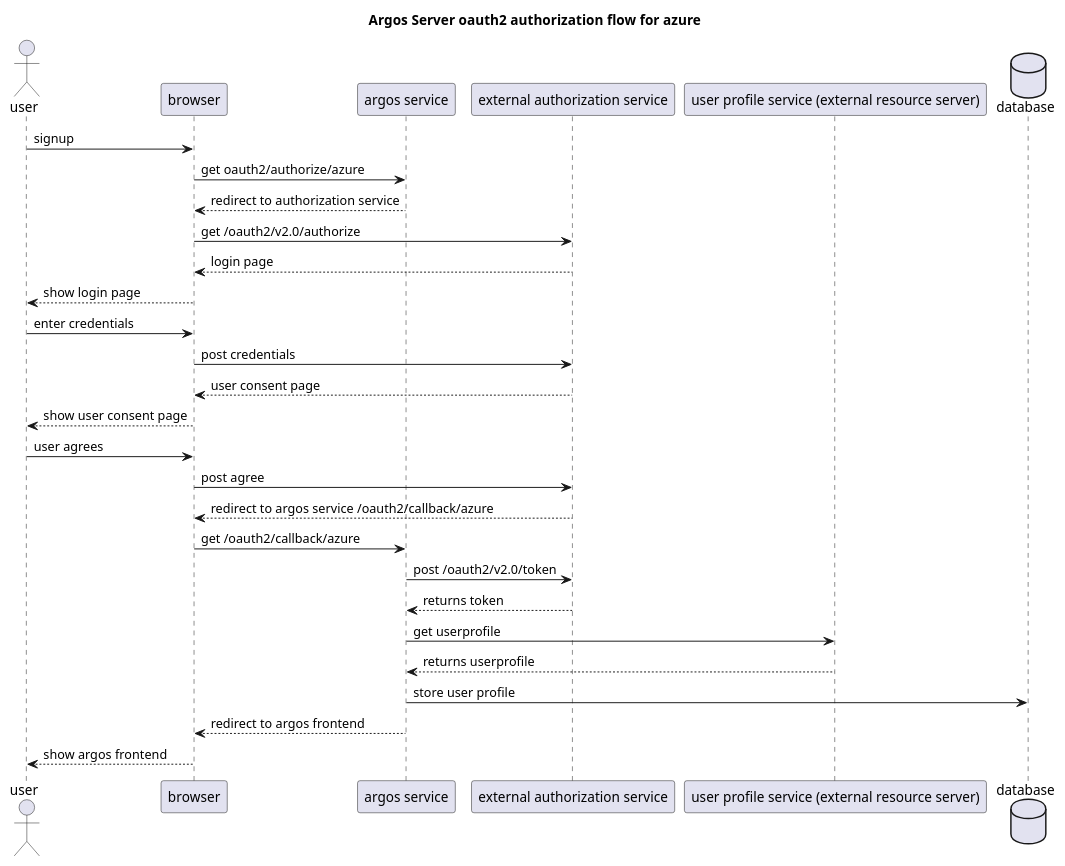
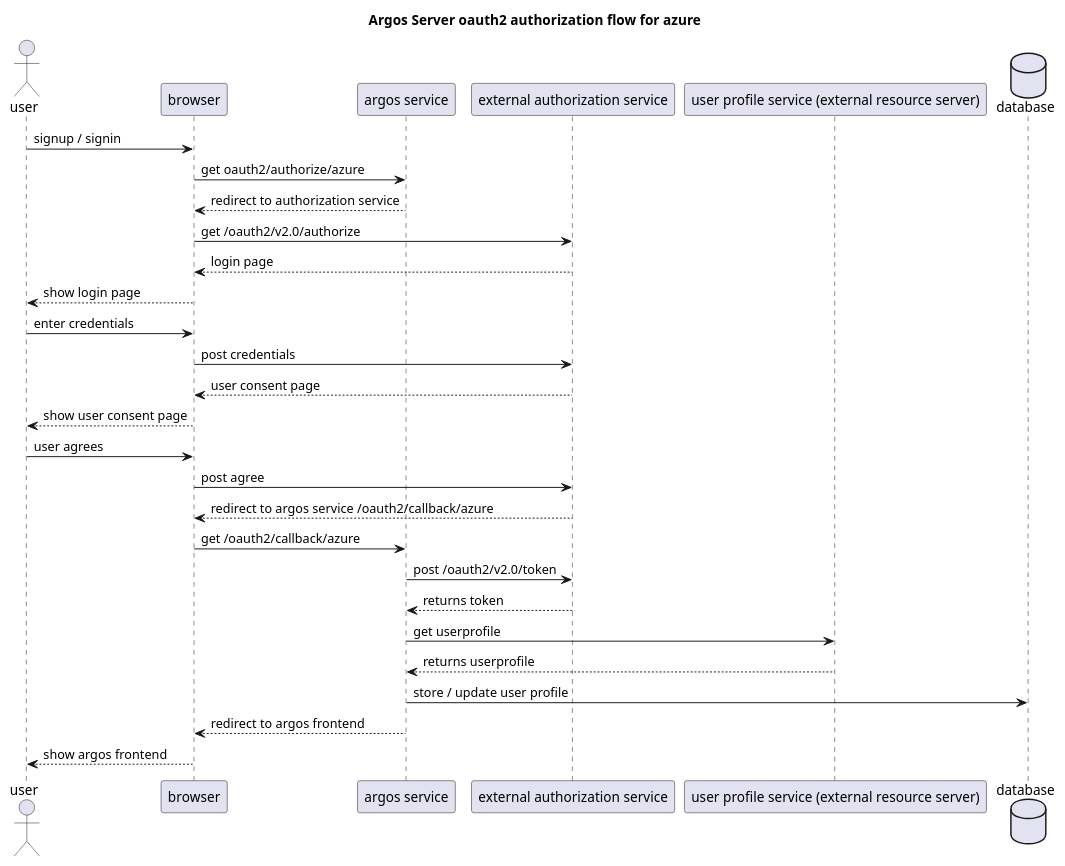
One commit to rabobank/argos changed the diagram in docs/authentication.plantuml. Above: the diagram before and after it, drawn with PlantUML. The commit also changed 34 other files, not shown here.

```diff
--- a/docs/authentication.plantuml
+++ b/docs/authentication.plantuml
@@ -17,37 +17,37 @@
 @startuml
 
 title Argos Server oauth2 authorization flow for azure
 
 actor user
 participant browser
 participant "argos service" as argos
 participant "external authorization service" as auth
 participant "user profile service (external resource server)" as up
 database "database"
 
-user -> browser: signup
+user -> browser: signup / signin
 
 browser -> argos: get oauth2/authorize/azure
 argos --> browser: redirect to authorization service
 
 browser -> auth: get /oauth2/v2.0/authorize
 auth --> browser: login page
 browser --> user: show login page
 
 user -> browser: enter credentials
 browser -> auth: post credentials
 auth --> browser: user consent page
 browser --> user: show user consent page
 
 user -> browser: user agrees
 browser -> auth: post agree
 auth --> browser: redirect to argos service /oauth2/callback/azure
 browser -> argos: get /oauth2/callback/azure
 argos -> auth: post /oauth2/v2.0/token
 auth --> argos: returns token
 argos -> up: get userprofile
 up --> argos: returns userprofile
-argos -> database: store user profile
+argos -> database: store / update user profile
 argos --> browser: redirect to argos frontend
 browser --> user: show argos frontend
 @enduml
```
